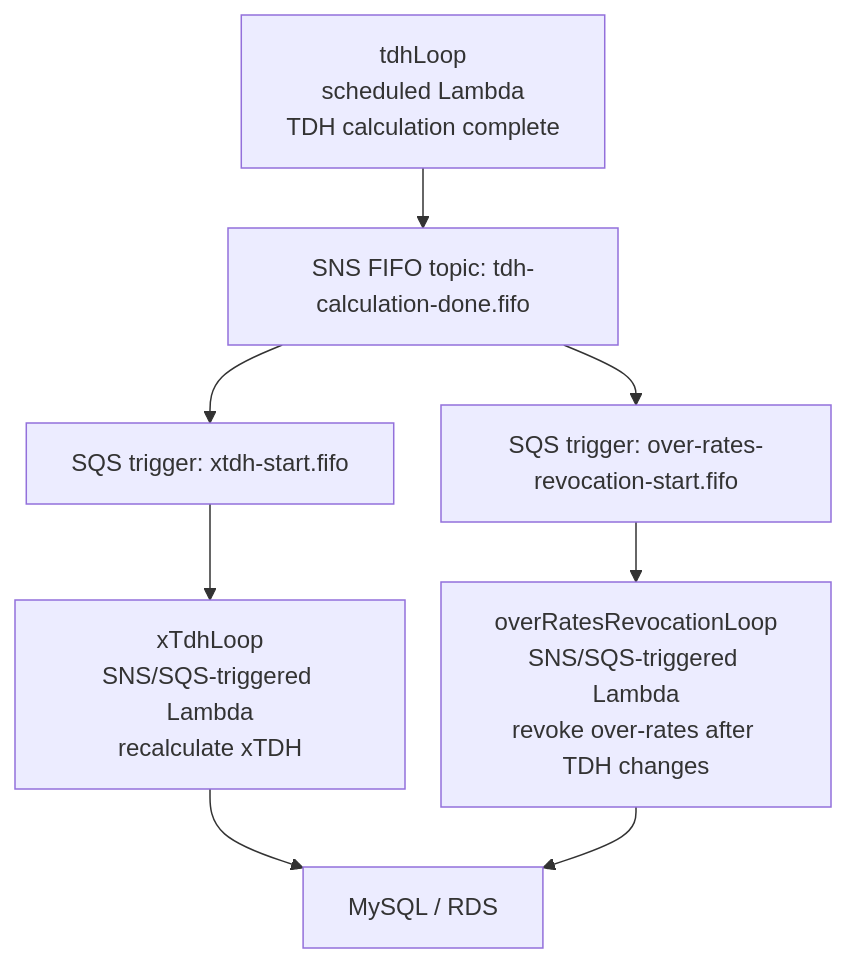
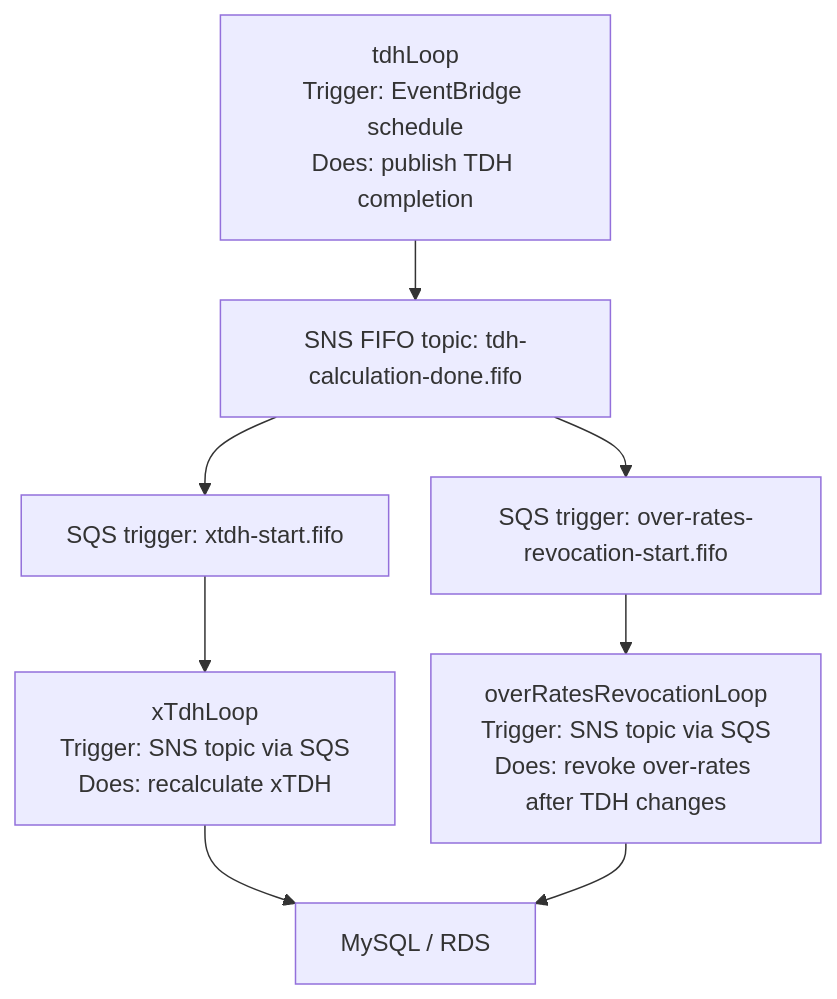
One commit to 6529-Collections/6529seize-backend changed the tenth of 16 diagrams in docs/architecture.md. Above: the diagram before and after it, drawn with Mermaid. The commit also changed other lines of this file, not shown here.

````diff
--- a/docs/architecture.md
+++ b/docs/architecture.md
@@ -172,11 +172,11 @@
 ```mermaid
 %%{init: {"flowchart": {"nodeSpacing": 24, "rankSpacing": 40, "curve": "basis"}} }%%
 flowchart TD
-  TdhLoop["tdhLoop<br/>scheduled Lambda<br/>TDH calculation complete"] --> TdhDoneTopic["SNS FIFO topic: tdh-calculation-done.fifo"]
+  TdhLoop["tdhLoop<br/>Trigger: EventBridge schedule<br/>Does: publish TDH completion"] --> TdhDoneTopic["SNS FIFO topic: tdh-calculation-done.fifo"]
   TdhDoneTopic --> XTdhQueue["SQS trigger: xtdh-start.fifo"]
-  XTdhQueue --> XTdhLoop["xTdhLoop<br/>SNS/SQS-triggered Lambda<br/>recalculate xTDH"]
+  XTdhQueue --> XTdhLoop["xTdhLoop<br/>Trigger: SNS topic via SQS<br/>Does: recalculate xTDH"]
   XTdhLoop --> MySQL["MySQL / RDS"]
   TdhDoneTopic --> OverRatesQueue["SQS trigger: over-rates-revocation-start.fifo"]
-  OverRatesQueue --> OverRatesRevocationLoop["overRatesRevocationLoop<br/>SNS/SQS-triggered Lambda<br/>revoke over-rates after TDH changes"]
+  OverRatesQueue --> OverRatesRevocationLoop["overRatesRevocationLoop<br/>Trigger: SNS topic via SQS<br/>Does: revoke over-rates after TDH changes"]
   OverRatesRevocationLoop --> MySQL
 ```
````
